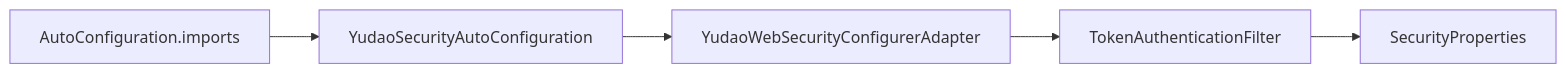
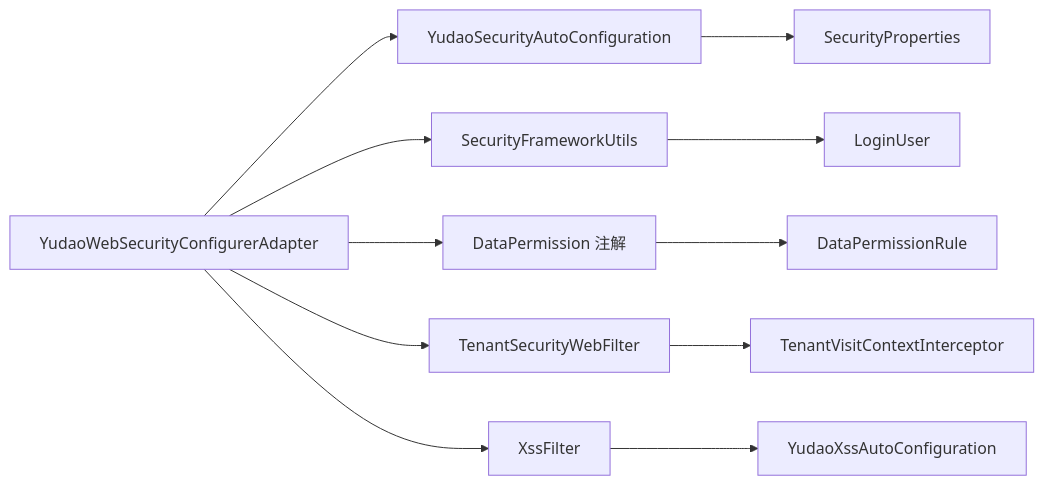
Before and after one commit to zhuangpengLI/AgenticCPS: the ninth of 9 diagrams in .qoder/repowiki/zh/content/安全与权限/安全与权限.md, drawn with Mermaid. The commit also changed other lines of this file and 293 other files, not shown here.

````diff
--- a/.qoder/repowiki/zh/content/安全与权限/安全与权限.md
+++ b/.qoder/repowiki/zh/content/安全与权限/安全与权限.md
@@ -408,7 +470,13 @@
 ```mermaid
 graph LR
-Imports["AutoConfiguration.imports"] --> AutoCfg["YudaoSecurityAutoConfiguration"]
-AutoCfg --> WebCfg["YudaoWebSecurityConfigurerAdapter"]
-WebCfg --> Filter["TokenAuthenticationFilter"]
-Filter --> Props["SecurityProperties"]
+SEC["YudaoWebSecurityConfigurerAdapter"] --> AUTOCFG["YudaoSecurityAutoConfiguration"]
+AUTOCFG --> PROPS["SecurityProperties"]
+SEC --> UTIL["SecurityFrameworkUtils"]
+UTIL --> USER["LoginUser"]
+SEC --> DP["DataPermission 注解"]
+DP --> DPR["DataPermissionRule"]
+SEC --> TENF["TenantSecurityWebFilter"]
+TENF --> TENINTC["TenantVisitContextInterceptor"]
+SEC --> XSSF["XssFilter"]
+XSSF --> XSSCFG["YudaoXssAutoConfiguration"]
 ```
````
